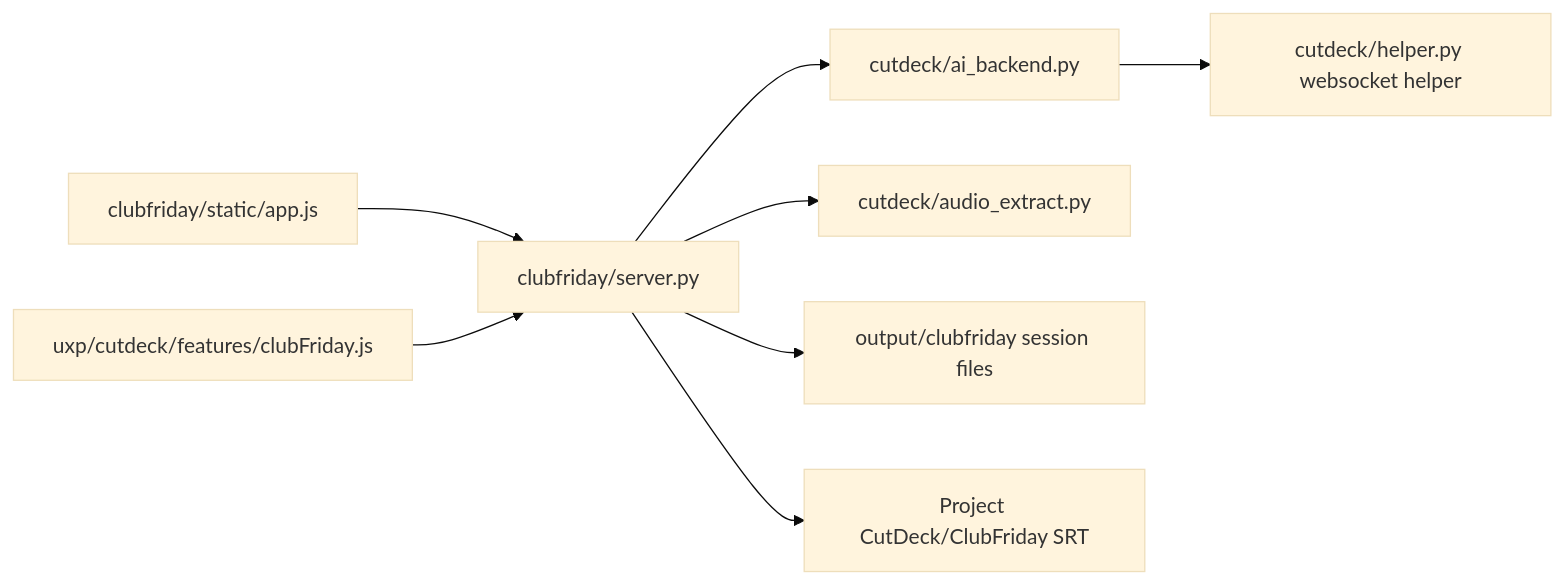
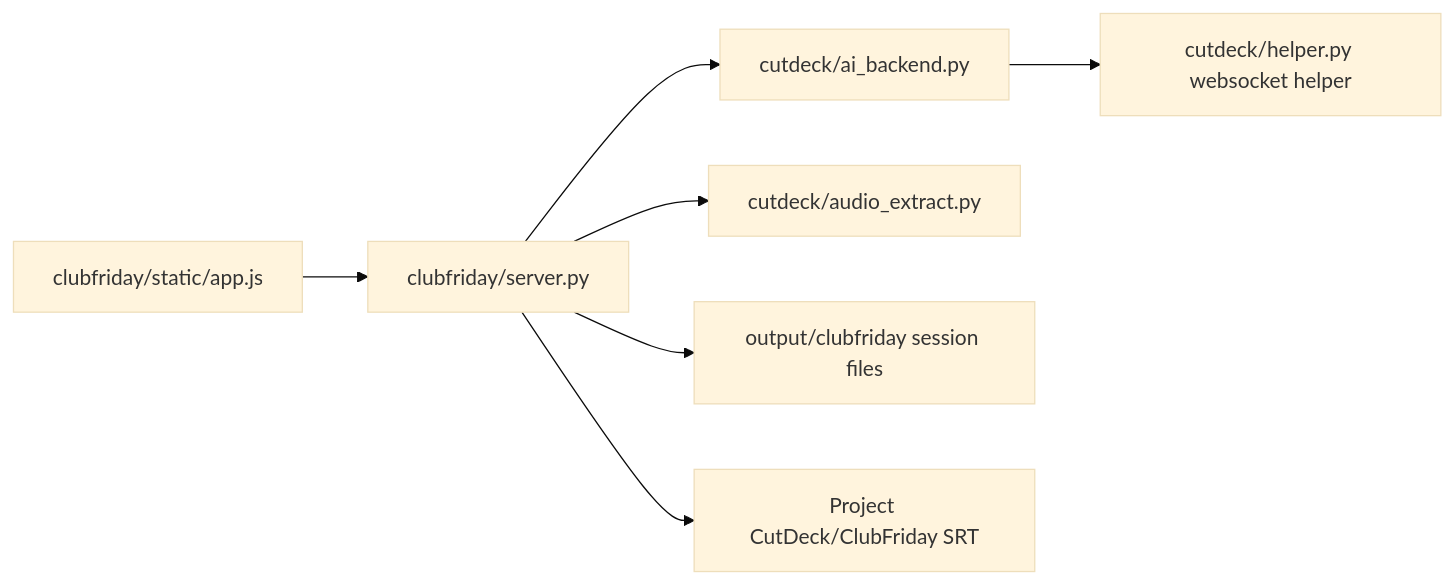
Before and after one commit to thanaponai01-collab/B-transcriber: the diagram in docs/architecture.md, drawn with Mermaid (base theme). The commit also changed other lines of this file and 21 other files, not shown here.

First line of the commit message:
feat(cutdeck): one panel with Cut, FX, Transform and Align tabs

````diff
--- a/docs/architecture.md
+++ b/docs/architecture.md
@@ -15,10 +15,9 @@
 ```mermaid
 flowchart LR
   browser["clubfriday/static/app.js"] --> server["clubfriday/server.py"]
   server --> backend["cutdeck/ai_backend.py"]
   server --> audio["cutdeck/audio_extract.py"]
   server --> sessions["output/clubfriday session files"]
   server --> srt["Project CutDeck/ClubFriday SRT"]
   backend --> helper["cutdeck/helper.py websocket helper"]
-  panel["uxp/cutdeck/features/clubFriday.js"] --> server
 ```
````
